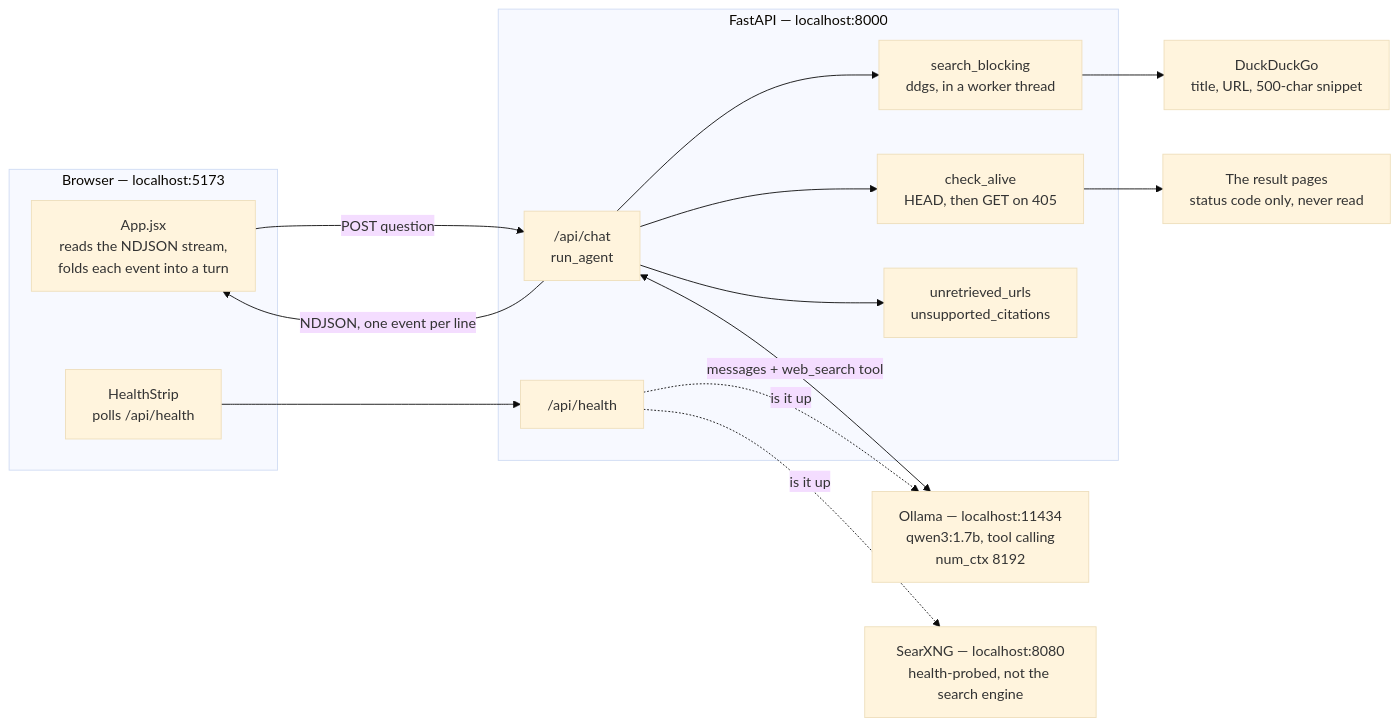
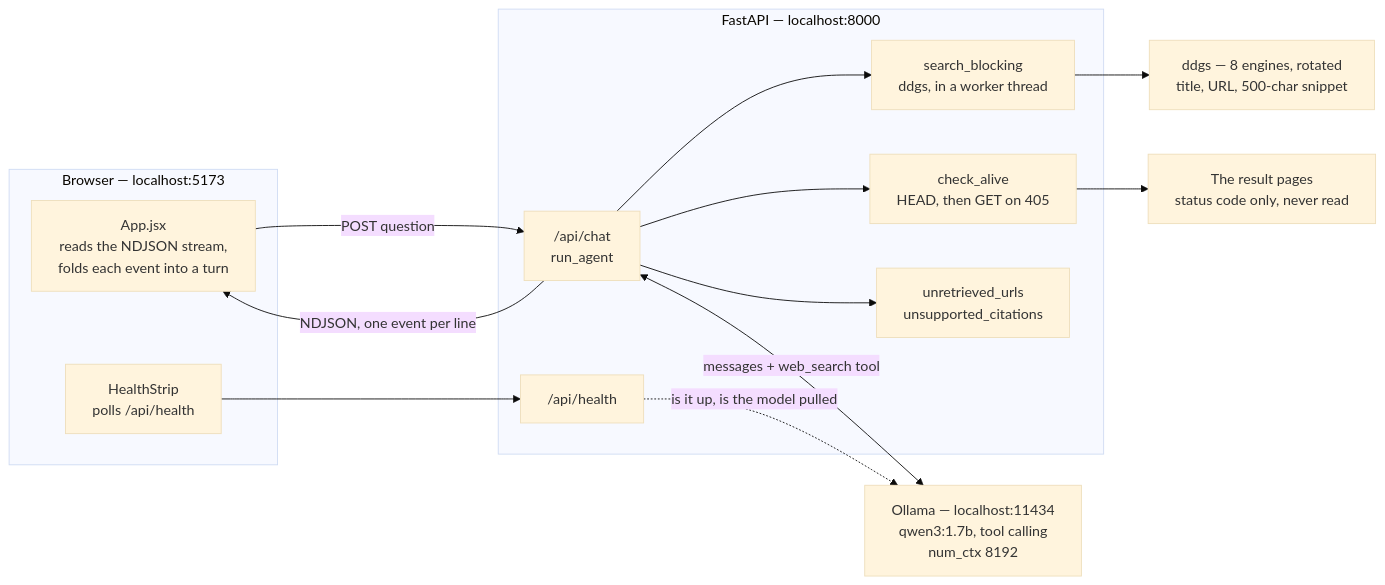
One commit to leopaul29/local-ai-agent-search changed the first of 4 diagrams in ARCHITECTURE.md. Above: the diagram before and after it, drawn with Mermaid (base theme). The commit also changed other lines of this file and 10 other files, not shown here.

First line of the commit message:
refactor: drop SearXNG and Docker

````diff
--- a/ARCHITECTURE.md
+++ b/ARCHITECTURE.md
@@ -8,34 +8,32 @@
 ```mermaid
 flowchart LR
     subgraph browser["Browser — localhost:5173"]
         App["App.jsx<br/>reads the NDJSON stream,<br/>folds each event into a turn"]
         Strip["HealthStrip<br/>polls /api/health"]
     end
 
     subgraph backend["FastAPI — localhost:8000"]
         Chat["/api/chat<br/>run_agent"]
         Api["/api/health"]
         Search["search_blocking<br/>ddgs, in a worker thread"]
         Check["check_alive<br/>HEAD, then GET on 405"]
         Verify["unretrieved_urls<br/>unsupported_citations"]
     end
 
     Ollama["Ollama — localhost:11434<br/>qwen3:1.7b, tool calling<br/>num_ctx 8192"]
-    DDG["DuckDuckGo<br/>title, URL, 500-char snippet"]
+    DDG["ddgs — 8 engines, rotated<br/>title, URL, 500-char snippet"]
     Pages["The result pages<br/>status code only, never read"]
-    Searx["SearXNG — localhost:8080<br/>health-probed, not the search engine"]
 
     App -->|"POST question"| Chat
     Chat -->|"NDJSON, one event per line"| App
     Strip --> Api
 
     Chat <-->|"messages + web_search tool"| Ollama
     Chat --> Search
     Search --> DDG
     Chat --> Check
     Check --> Pages
     Chat --> Verify
 
-    Api -.->|"is it up"| Ollama
-    Api -.->|"is it up"| Searx
+    Api -.->|"is it up, is the model pulled"| Ollama
 ```
````
